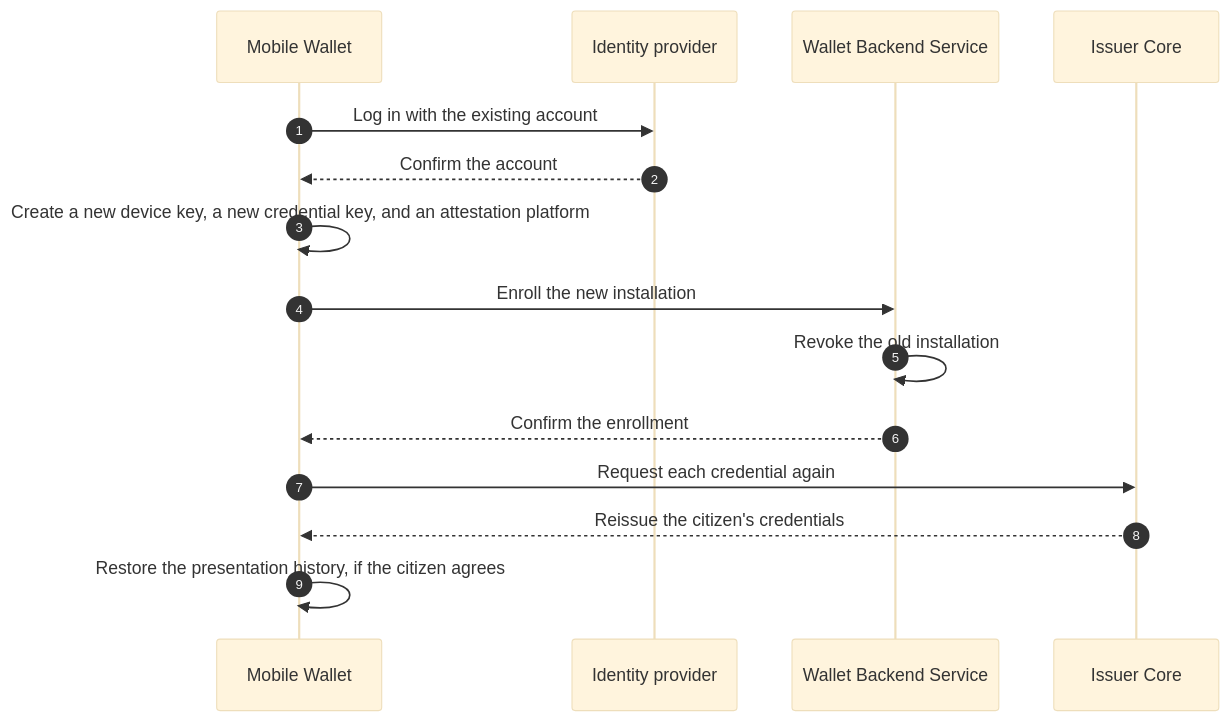
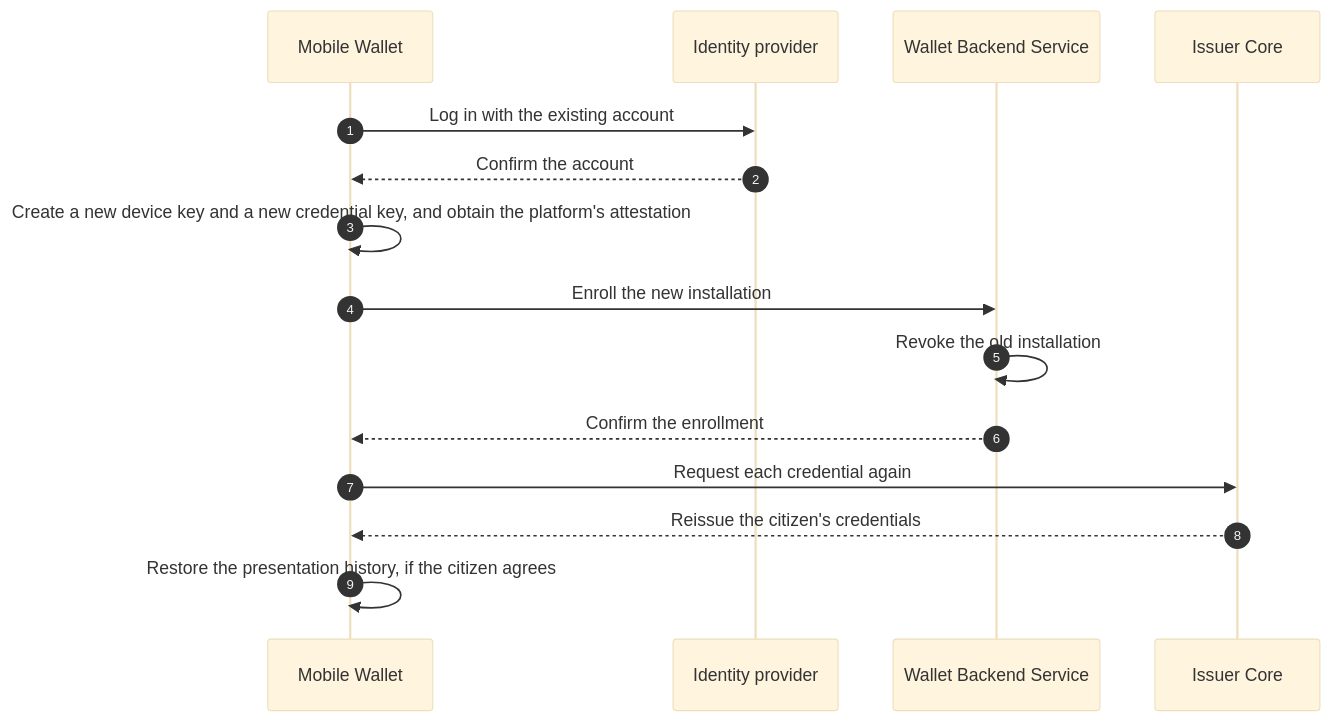
Diagram 12 of 14 in docs/architecture-framework/high-level-architecture/flows-per-use-case.md (id-verifiable-credential-dev/id-doc-idctf), drawn with Mermaid (base theme) before and after one commit. The commit also changed other lines of this file and 89 other files, not shown here.

````diff
--- a/docs/architecture-framework/high-level-architecture/flows-per-use-case.md
+++ b/docs/architecture-framework/high-level-architecture/flows-per-use-case.md
@@ -1048,17 +1080,17 @@
 ```mermaid
 sequenceDiagram
     autonumber
     participant MW as Mobile Wallet
     participant IDP as Identity provider
     participant WBS as Wallet Backend Service
     participant IC as Issuer Core
     MW->>IDP: Log in with the existing account
     IDP-->>MW: Confirm the account
-    MW->>MW: Create a new device key, a new credential key, and an attestation platform
+    MW->>MW: Create a new device key and a new credential key, and obtain the platform's attestation
     MW->>WBS: Enroll the new installation
     WBS->>WBS: Revoke the old installation
     WBS-->>MW: Confirm the enrollment
     MW->>IC: Request each credential again
     IC-->>MW: Reissue the citizen's credentials
     MW->>MW: Restore the presentation history, if the citizen agrees
 ```
````
